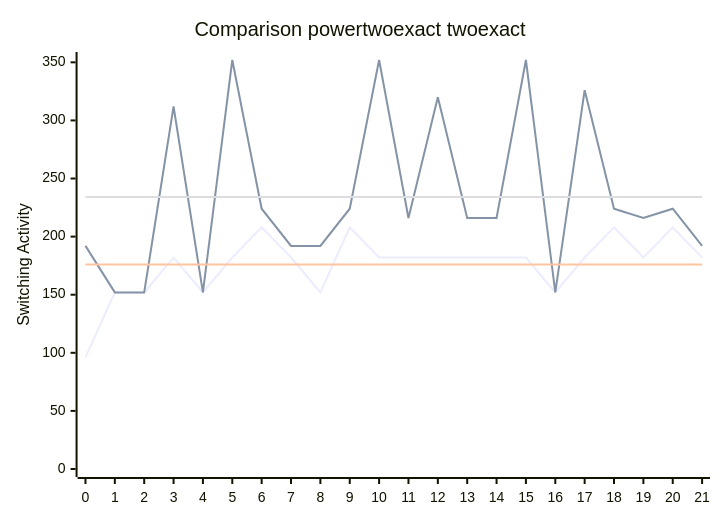
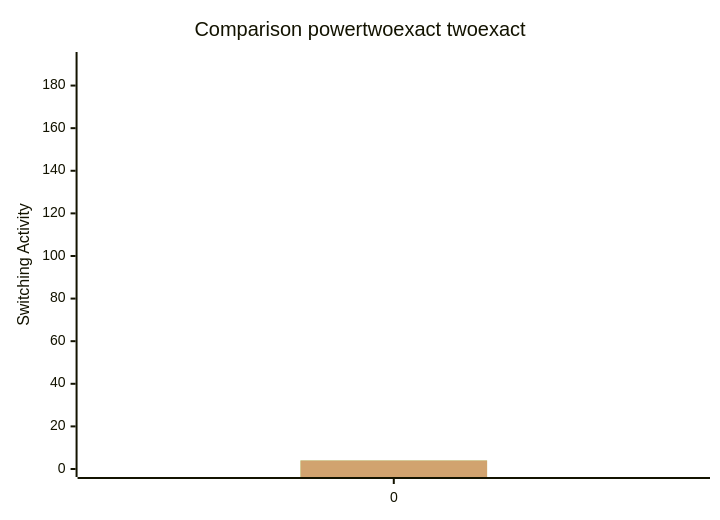
The diagram in benchmark.md (FeldmeierMichael/Exact-Power-Synthesis), drawn with Mermaid before and after one commit. The commit also changed other lines of this file and 2 other files, not shown here.

````diff
--- a/benchmark.md
+++ b/benchmark.md
@@ -47,10 +3,12 @@
 ```mermaid
 xychart-beta
     title "Comparison powertwoexact twoexact"
-    x-axis [0, 1, 2, 3, 4, 5, 6, 7, 8, 9, 10, 11, 12, 13, 14, 15, 16, 17, 18, 19, 20, 21]
-    y-axis "Switching Activity" 0-->352
-    line [96, 152, 152, 182, 152, 182, 208, 182, 152, 208, 182, 182, 182, 182, 182, 182, 152, 182, 208, 182, 208, 182]
-    line [192, 152, 152, 312, 152, 352, 224, 192, 192, 224, 352, 216, 320, 216, 216, 352, 152, 326, 224, 216, 224, 192]
-    line [176.0, 176.0, 176.0, 176.0, 176.0, 176.0, 176.0, 176.0, 176.0, 176.0, 176.0, 176.0, 176.0, 176.0, 176.0, 176.0, 176.0, 176.0, 176.0, 176.0, 176.0, 176.0]
-    line [234.0909090909091, 234.0909090909091, 234.0909090909091, 234.0909090909091, 234.0909090909091, 234.0909090909091, 234.0909090909091, 234.0909090909091, 234.0909090909091, 234.0909090909091, 234.0909090909091, 234.0909090909091, 234.0909090909091, 234.0909090909091, 234.0909090909091, 234.0909090909091, 234.0909090909091, 234.0909090909091, 234.0909090909091, 234.0909090909091, 234.0909090909091, 234.0909090909091]
+    x-axis [0]
+    y-axis "Switching Activity" 0-->192
+    line [96]
+    line [192]
+    line [96.0]
+    line [192.0]
+    bar [4, 4, 4, 4, 4, 4, 4, 4, 4, 4, 4, 4, 4, 4, 4, 4, 4, 4, 4, 4]
+    bar [4, 4, 4, 4, 4, 4, 4, 4, 4, 4, 4, 4, 4, 4, 4, 4, 4, 4, 4, 4]
 ```
````
